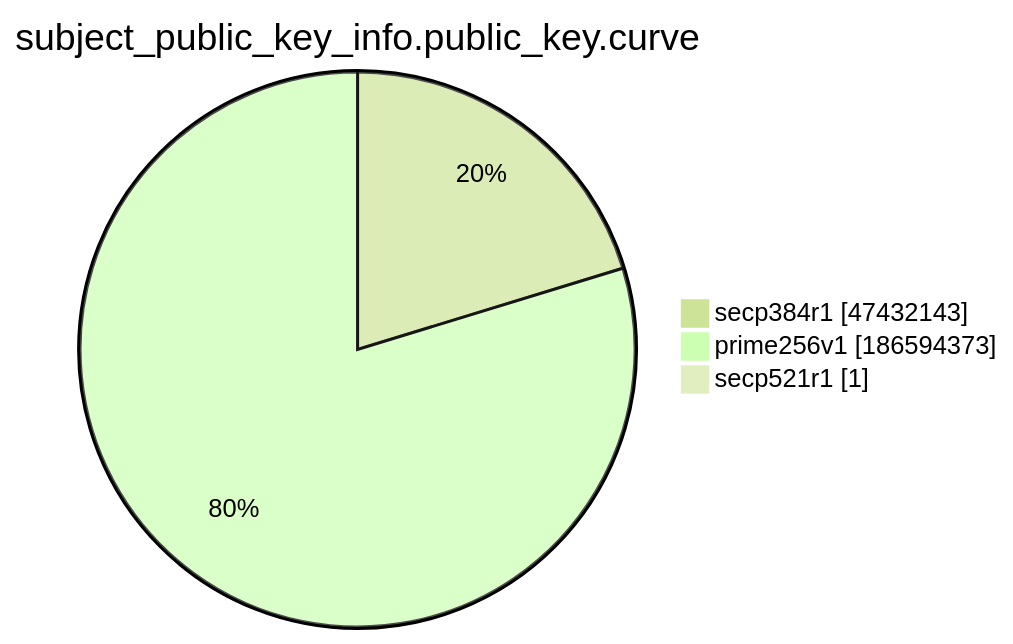
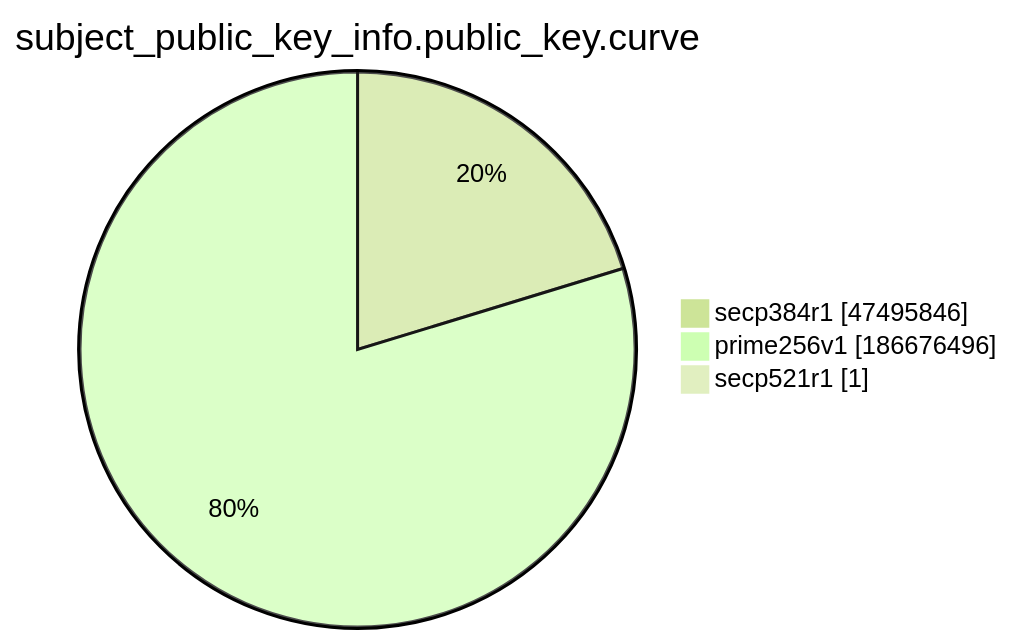
The ninth of 15 diagrams in xenon2022/README.md (christiankrug/ctmonitor_visualization), drawn with Mermaid (forest theme) before and after one commit. The commit also changed other lines of this file, not shown here.

````diff
--- a/xenon2022/README.md
+++ b/xenon2022/README.md
@@ -2874,7 +2874,7 @@
 ```mermaid
 pie showData
 title subject_public_key_info.public_key.curve
-"secp384r1" :47432143
-"prime256v1" :186594373
+"secp384r1" :47495846
+"prime256v1" :186676496
 "secp521r1" :1
 ```
````
